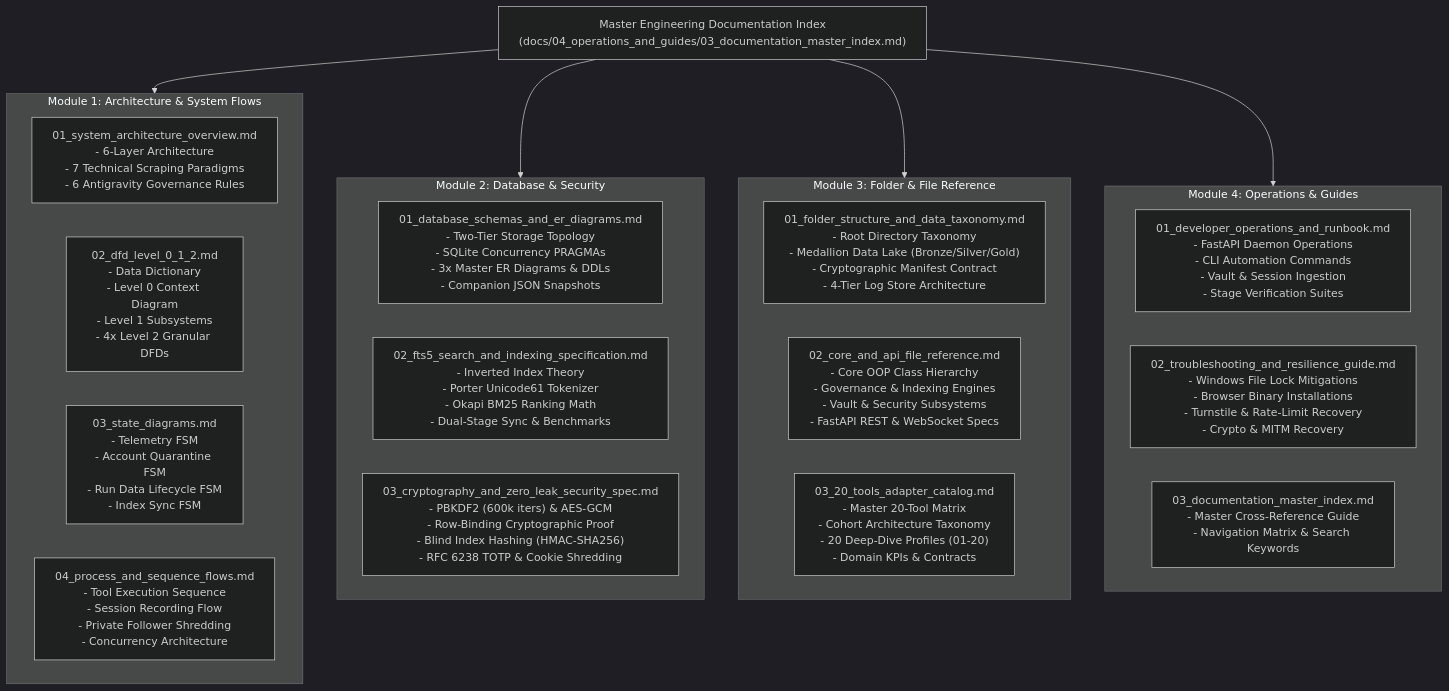
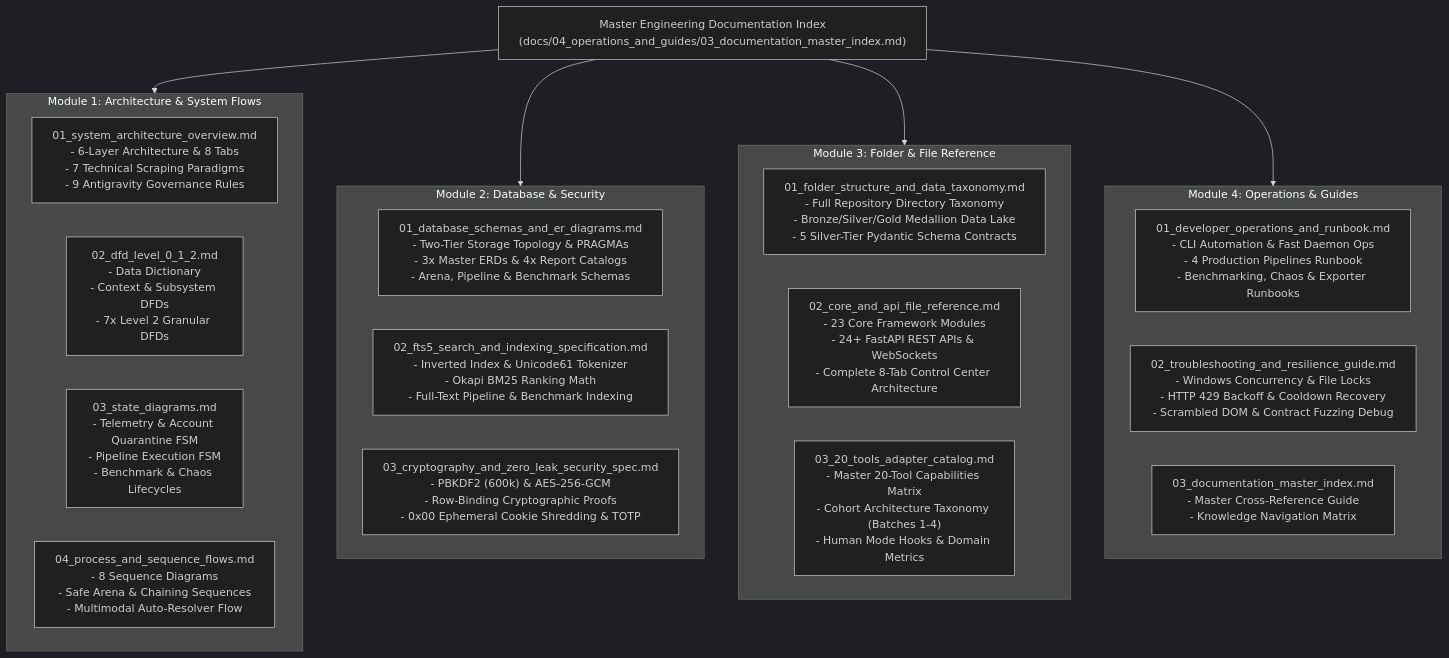
Before and after one commit to spdwivedi/Crawlers_testing: the diagram in docs/04_operations_and_guides/03_documentation_master_index.md, drawn with Mermaid (dark theme). The commit also changed other lines of this file and 19 other files, not shown here.

Commit message:
[DOCS] Master: Comprehensive documentation overhaul across root README, subsystem guides, and 4-volume docs spine

````diff
--- a/docs/04_operations_and_guides/03_documentation_master_index.md
+++ b/docs/04_operations_and_guides/03_documentation_master_index.md
@@ -12,34 +12,34 @@
 ```mermaid
 flowchart TD
     Index["Master Engineering Documentation Index<br/>(docs/04_operations_and_guides/03_documentation_master_index.md)"]
 
     subgraph M1["Module 1: Architecture & System Flows"]
-        D01["01_system_architecture_overview.md<br/>- 6-Layer Architecture<br/>- 7 Technical Scraping Paradigms<br/>- 6 Antigravity Governance Rules"]
-        D02["02_dfd_level_0_1_2.md<br/>- Data Dictionary<br/>- Level 0 Context Diagram<br/>- Level 1 Subsystems<br/>- 4x Level 2 Granular DFDs"]
-        D03["03_state_diagrams.md<br/>- Telemetry FSM<br/>- Account Quarantine FSM<br/>- Run Data Lifecycle FSM<br/>- Index Sync FSM"]
-        D04["04_process_and_sequence_flows.md<br/>- Tool Execution Sequence<br/>- Session Recording Flow<br/>- Private Follower Shredding<br/>- Concurrency Architecture"]
+        D01["01_system_architecture_overview.md<br/>- 6-Layer Architecture & 8 Tabs<br/>- 7 Technical Scraping Paradigms<br/>- 9 Antigravity Governance Rules"]
+        D02["02_dfd_level_0_1_2.md<br/>- Data Dictionary<br/>- Context & Subsystem DFDs<br/>- 7x Level 2 Granular DFDs"]
+        D03["03_state_diagrams.md<br/>- Telemetry & Account Quarantine FSM<br/>- Pipeline Execution FSM<br/>- Benchmark & Chaos Lifecycles"]
+        D04["04_process_and_sequence_flows.md<br/>- 8 Sequence Diagrams<br/>- Safe Arena & Chaining Sequences<br/>- Multimodal Auto-Resolver Flow"]
     end
 
     subgraph M2["Module 2: Database & Security"]
-        D05["01_database_schemas_and_er_diagrams.md<br/>- Two-Tier Storage Topology<br/>- SQLite Concurrency PRAGMAs<br/>- 3x Master ER Diagrams & DDLs<br/>- Companion JSON Snapshots"]
-        D06["02_fts5_search_and_indexing_specification.md<br/>- Inverted Index Theory<br/>- Porter Unicode61 Tokenizer<br/>- Okapi BM25 Ranking Math<br/>- Dual-Stage Sync & Benchmarks"]
-        D07["03_cryptography_and_zero_leak_security_spec.md<br/>- PBKDF2 (600k iters) & AES-GCM<br/>- Row-Binding Cryptographic Proof<br/>- Blind Index Hashing (HMAC-SHA256)<br/>- RFC 6238 TOTP & Cookie Shredding"]
+        D05["01_database_schemas_and_er_diagrams.md<br/>- Two-Tier Storage Topology & PRAGMAs<br/>- 3x Master ERDs & 4x Report Catalogs<br/>- Arena, Pipeline & Benchmark Schemas"]
+        D06["02_fts5_search_and_indexing_specification.md<br/>- Inverted Index & Unicode61 Tokenizer<br/>- Okapi BM25 Ranking Math<br/>- Full-Text Pipeline & Benchmark Indexing"]
+        D07["03_cryptography_and_zero_leak_security_spec.md<br/>- PBKDF2 (600k) & AES-256-GCM<br/>- Row-Binding Cryptographic Proofs<br/>- 0x00 Ephemeral Cookie Shredding & TOTP"]
     end
 
     subgraph M3["Module 3: Folder & File Reference"]
-        D08["01_folder_structure_and_data_taxonomy.md<br/>- Root Directory Taxonomy<br/>- Medallion Data Lake (Bronze/Silver/Gold)<br/>- Cryptographic Manifest Contract<br/>- 4-Tier Log Store Architecture"]
-        D09["02_core_and_api_file_reference.md<br/>- Core OOP Class Hierarchy<br/>- Governance & Indexing Engines<br/>- Vault & Security Subsystems<br/>- FastAPI REST & WebSocket Specs"]
-        D10["03_20_tools_adapter_catalog.md<br/>- Master 20-Tool Matrix<br/>- Cohort Architecture Taxonomy<br/>- 20 Deep-Dive Profiles (01-20)<br/>- Domain KPIs & Contracts"]
+        D08["01_folder_structure_and_data_taxonomy.md<br/>- Full Repository Directory Taxonomy<br/>- Bronze/Silver/Gold Medallion Data Lake<br/>- 5 Silver-Tier Pydantic Schema Contracts"]
+        D09["02_core_and_api_file_reference.md<br/>- 23 Core Framework Modules<br/>- 24+ FastAPI REST APIs & WebSockets<br/>- Complete 8-Tab Control Center Architecture"]
+        D10["03_20_tools_adapter_catalog.md<br/>- Master 20-Tool Capabilities Matrix<br/>- Cohort Architecture Taxonomy (Batches 1-4)<br/>- Human Mode Hooks & Domain Metrics"]
     end
 
     subgraph M4["Module 4: Operations & Guides"]
-        D11["01_developer_operations_and_runbook.md<br/>- FastAPI Daemon Operations<br/>- CLI Automation Commands<br/>- Vault & Session Ingestion<br/>- Stage Verification Suites"]
-        D12["02_troubleshooting_and_resilience_guide.md<br/>- Windows File Lock Mitigations<br/>- Browser Binary Installations<br/>- Turnstile & Rate-Limit Recovery<br/>- Crypto & MITM Recovery"]
-        D13["03_documentation_master_index.md<br/>- Master Cross-Reference Guide<br/>- Navigation Matrix & Search Keywords"]
+        D11["01_developer_operations_and_runbook.md<br/>- CLI Automation & Fast Daemon Ops<br/>- 4 Production Pipelines Runbook<br/>- Benchmarking, Chaos & Exporter Runbooks"]
+        D12["02_troubleshooting_and_resilience_guide.md<br/>- Windows Concurrency & File Locks<br/>- HTTP 429 Backoff & Cooldown Recovery<br/>- Scrambled DOM & Contract Fuzzing Debug"]
+        D13["03_documentation_master_index.md<br/>- Master Cross-Reference Guide<br/>- Knowledge Navigation Matrix"]
     end
 
     Index --> M1
     Index --> M2
     Index --> M3
     Index --> M4
 ```
````
